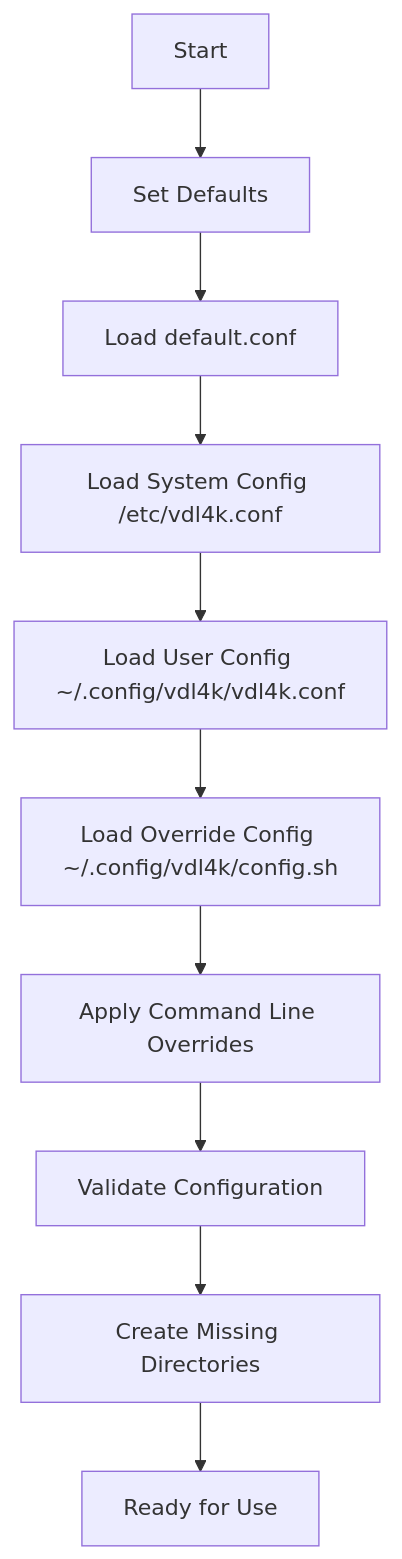
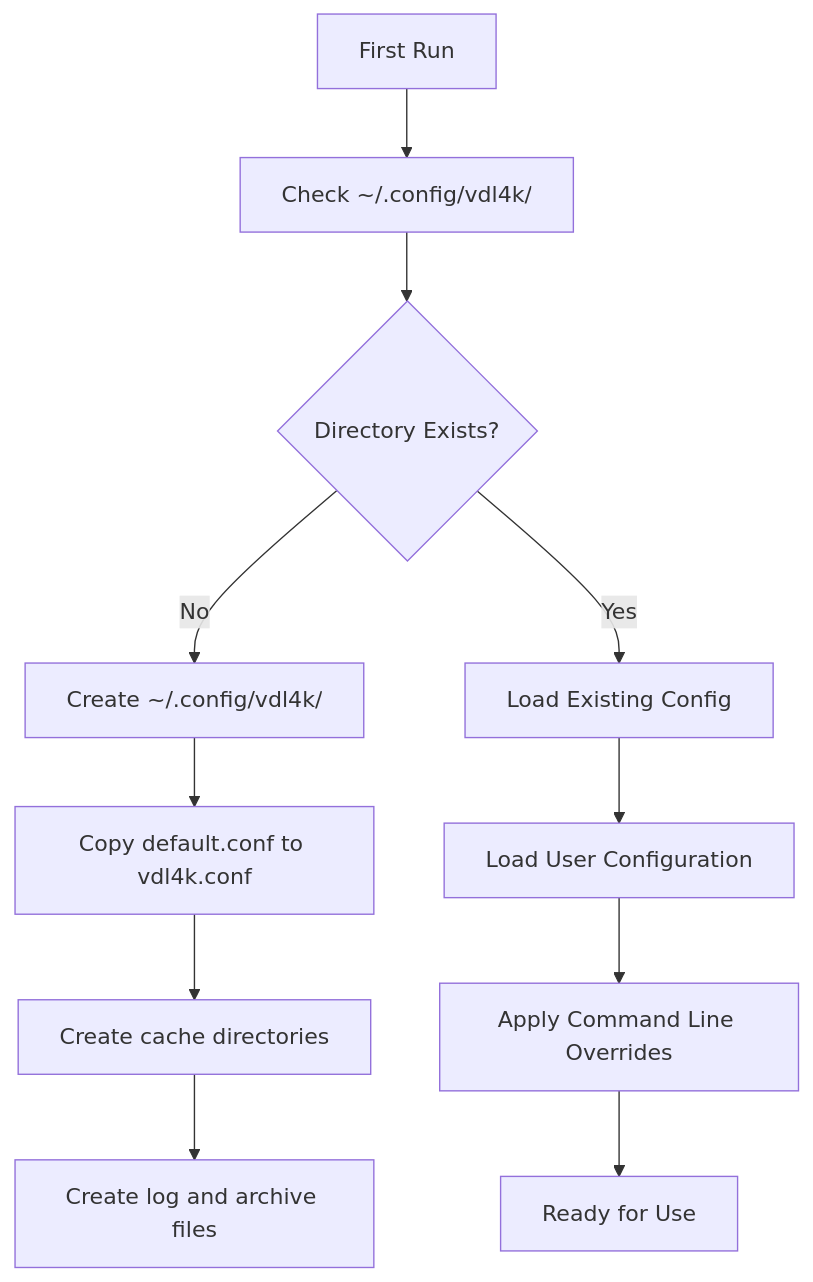
The fifth of 5 diagrams in FLOWCHART.md (vailuc/vdl4k), drawn with Mermaid before and after one commit. The commit also changed other lines of this file and 5 other files, not shown here.

````diff
--- a/FLOWCHART.md
+++ b/FLOWCHART.md
@@ -116,12 +149,13 @@
 ```mermaid
 graph TD
-    A[Start] --> B[Set Defaults]
-    B --> C[Load default.conf]
-    C --> D[Load System Config /etc/vdl4k.conf]
-    D --> E[Load User Config ~/.config/vdl4k/vdl4k.conf]
-    E --> F[Load Override Config ~/.config/vdl4k/config.sh]
-    F --> G[Apply Command Line Overrides]
-    G --> H[Validate Configuration]
-    H --> I[Create Missing Directories]
-    I --> J[Ready for Use]
+    A[First Run] --> B[Check ~/.config/vdl4k/]
+    B --> C{Directory Exists?}
+    C -->|No| D[Create ~/.config/vdl4k/]
+    C -->|Yes| E[Load Existing Config]
+    D --> F[Copy default.conf to vdl4k.conf]
+    F --> G[Create cache directories]
+    G --> H[Create log and archive files]
+    E --> I[Load User Configuration]
+    I --> J[Apply Command Line Overrides]
+    J --> K[Ready for Use]
 ```
````
